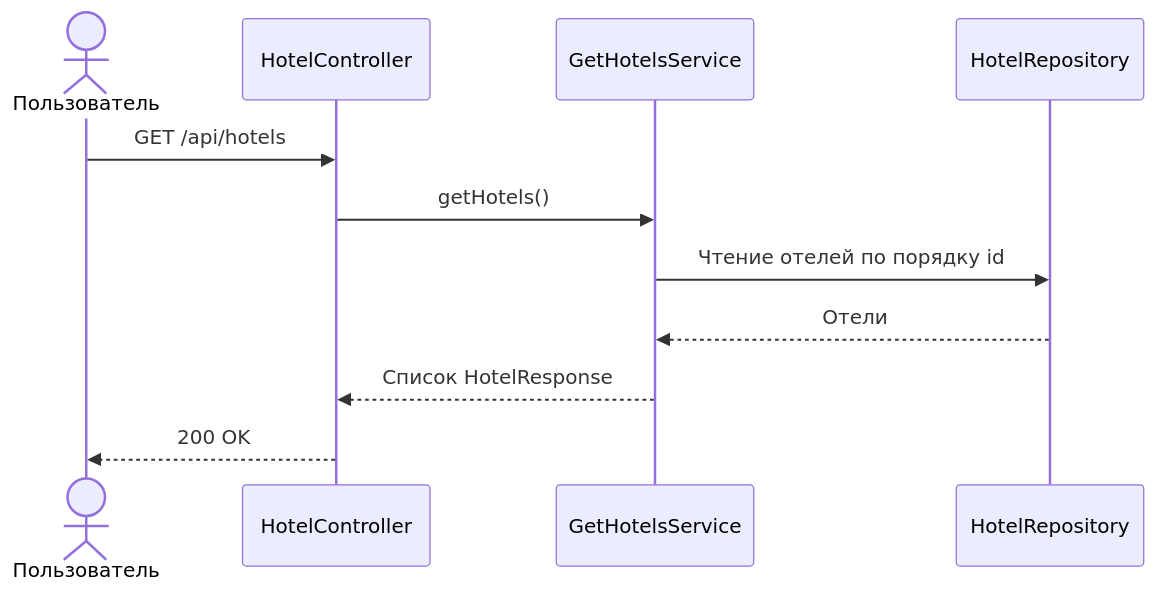
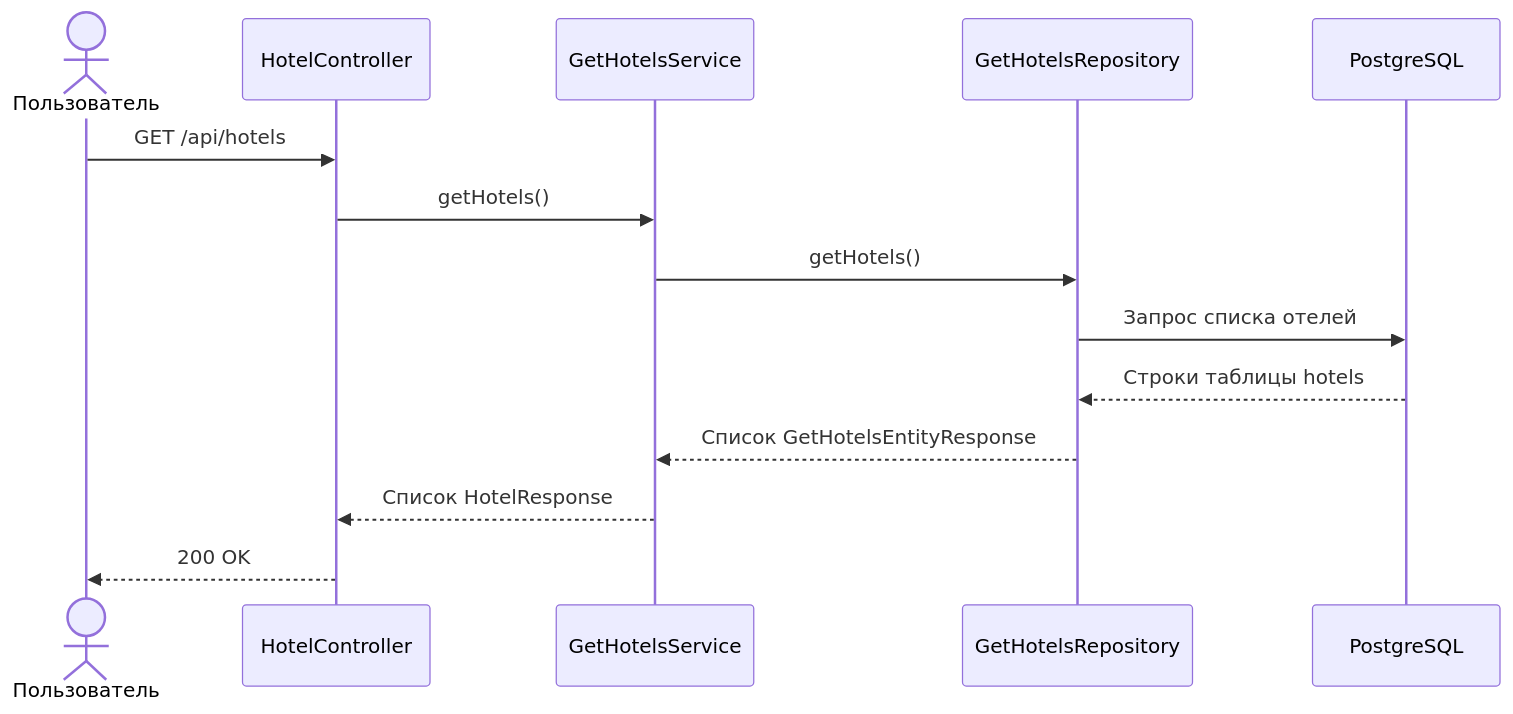
The diagram in docs/endpoints/get_hotels.md (Dikov-Hotel-Booking-System/hbs-hotel-service), drawn with Mermaid before and after one commit. The commit also changed other lines of this file and 13 other files, not shown here.

Commit message:
Привести получение списка отелей к образцу

````diff
--- a/docs/endpoints/get_hotels.md
+++ b/docs/endpoints/get_hotels.md
@@ -54,13 +54,16 @@
 ```mermaid
 sequenceDiagram
     actor User as Пользователь
     participant API as HotelController
     participant Service as GetHotelsService
-    participant Repository as HotelRepository
+    participant Repository as GetHotelsRepository
+    participant DB as PostgreSQL
     User ->> API: GET /api/hotels
     API ->> Service: getHotels()
-    Service ->> Repository: Чтение отелей по порядку id
-    Repository -->> Service: Отели
+    Service ->> Repository: getHotels()
+    Repository ->> DB: Запрос списка отелей
+    DB -->> Repository: Строки таблицы hotels
+    Repository -->> Service: Список GetHotelsEntityResponse
     Service -->> API: Список HotelResponse
     API -->> User: 200 OK
 ```
````
